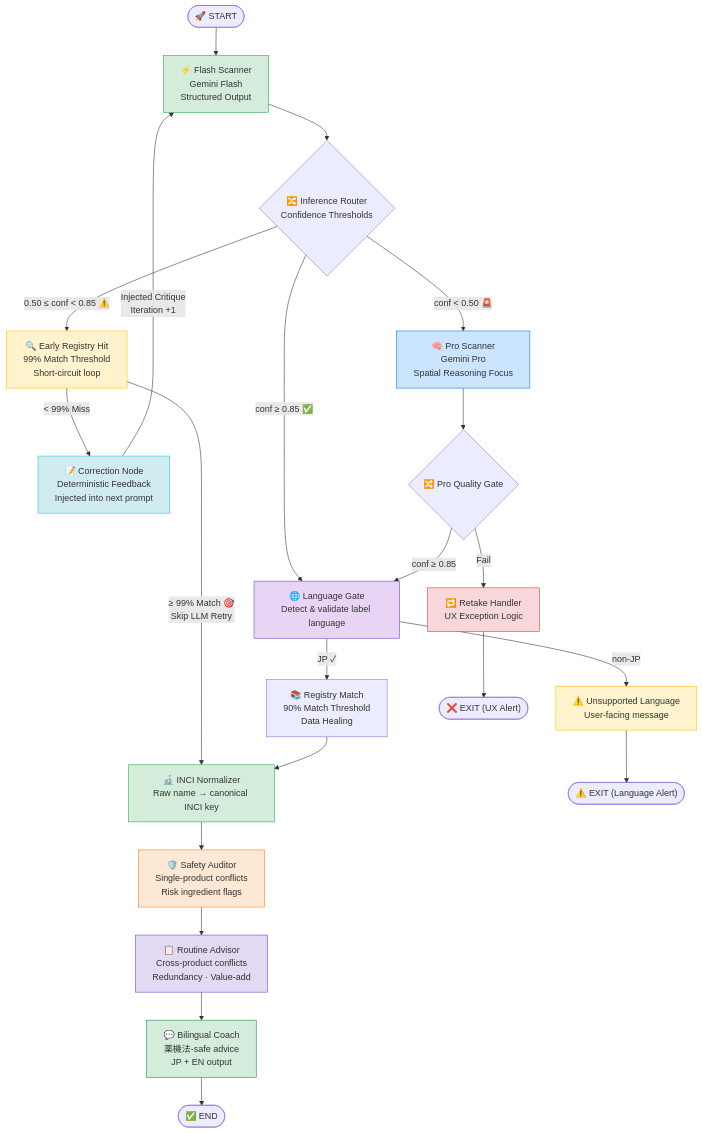
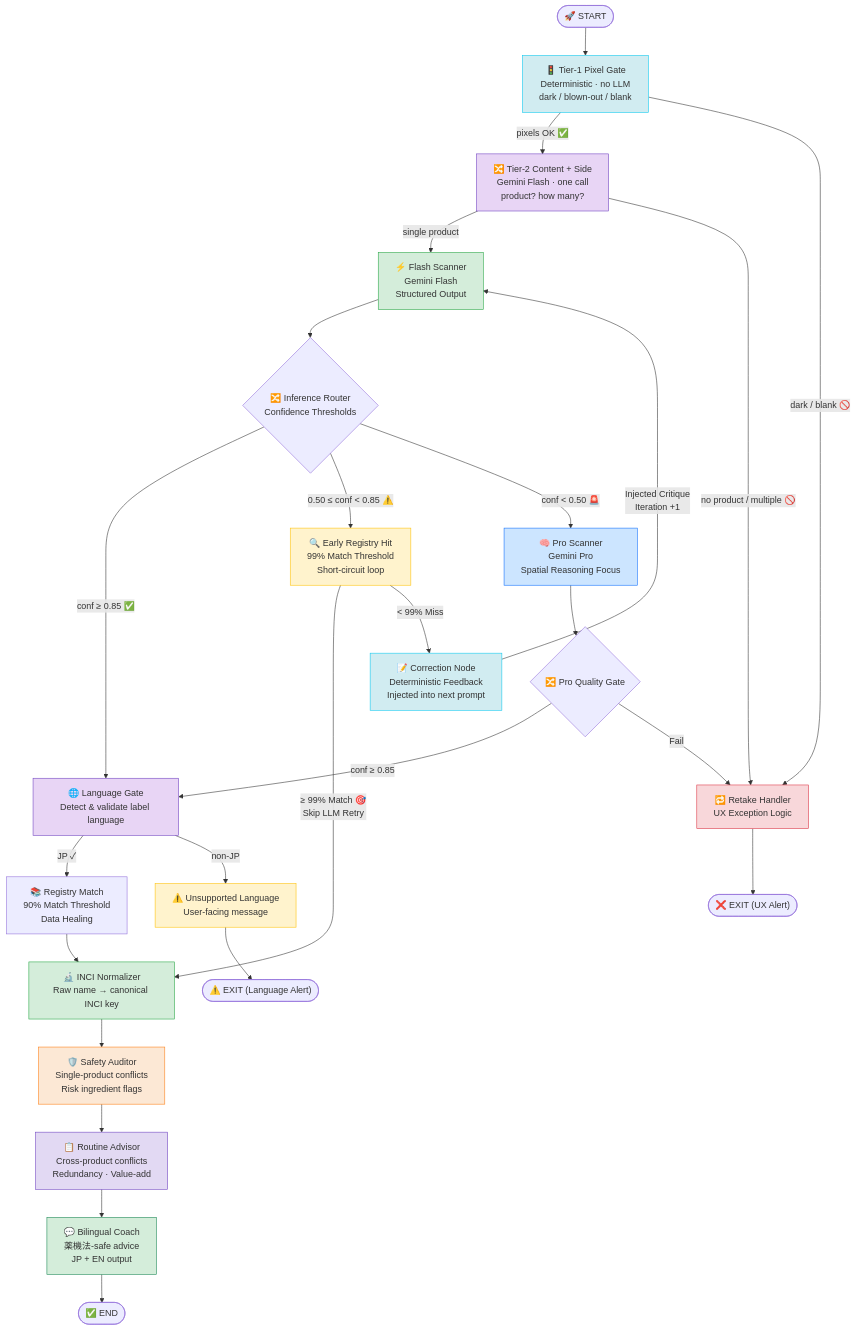
One commit to dvallslanaquera/skingraph changed the fifth of 6 diagrams in README.md. Above: the diagram before and after it, drawn with Mermaid. The commit also changed other lines of this file and 15 other files, not shown here.

````diff
--- a/README.md
+++ b/README.md
@@ -528,59 +583,67 @@
 ```mermaid
 flowchart TD
     Start(["🚀 START"])
+    Quality["🚦 Tier-1 Pixel Gate\nDeterministic · no LLM\ndark / blown-out / blank"]
+    Classify["🔀 Tier-2 Content + Side\nGemini Flash · one call\nproduct? how many?"]
     Flash["⚡ Flash Scanner\nGemini Flash\nStructured Output"]
     Router{"🔀 Inference Router\nConfidence Thresholds"}
     EarlyCheck["🔍 Early Registry Hit\n99% Match Threshold\nShort-circuit loop"]
     Correction["📝 Correction Node\nDeterministic Feedback\nInjected into next prompt"]
     Pro["🧠 Pro Scanner\nGemini Pro\nSpatial Reasoning Focus"]
     LangGate["🌐 Language Gate\nDetect & validate label language"]
     RegLookup["📚 Registry Match\n90% Match Threshold\nData Healing"]
     Normalizer["🔬 INCI Normalizer\nRaw name → canonical INCI key"]
     Auditor["🛡️ Safety Auditor\nSingle-product conflicts\nRisk ingredient flags"]
     RoutineAdvisor["📋 Routine Advisor\nCross-product conflicts\nRedundancy · Value-add"]
     Coach["💬 Bilingual Coach\n薬機法-safe advice\nJP + EN output"]
     ProRouter{"🔀 Pro Quality Gate"}
     Retake["🔁 Retake Handler\nUX Exception Logic"]
     Unsupported["⚠️ Unsupported Language\nUser-facing message"]
     EndOK(["✅ END"])
     EndRetake(["❌ EXIT (UX Alert)"])
     EndLang(["⚠️ EXIT (Language Alert)"])
 
-    Start --> Flash
+    Start --> Quality
+    Quality -->|"pixels OK ✅"| Classify
+    Quality -->|"dark / blank 🚫"| Retake
+    Classify -->|"single product"| Flash
+    Classify -->|"no product / multiple 🚫"| Retake
     Flash --> Router
 
     Router -->|"conf ≥ 0.85 ✅"| LangGate
     Router -->|"0.50 ≤ conf < 0.85 ⚠️"| EarlyCheck
     Router -->|"conf < 0.50 🚨"| Pro
 
     EarlyCheck -->|"≥ 99% Match 🎯\nSkip LLM Retry"| Normalizer
     EarlyCheck -->|"< 99% Miss"| Correction
     Correction -->|"Injected Critique\nIteration +1"| Flash
 
     Pro --> ProRouter
     ProRouter -->|"conf ≥ 0.85"| LangGate
     ProRouter -->|"Fail"| Retake
     Retake --> EndRetake
 
     LangGate -->|"JP ✓"| RegLookup
     LangGate -->|"non-JP"| Unsupported
     Unsupported --> EndLang
 
     RegLookup --> Normalizer
     Normalizer --> Auditor
     Auditor --> RoutineAdvisor
     RoutineAdvisor --> Coach
     Coach --> EndOK
 
+    style Quality fill:#d1ecf1,stroke:#0dcaf0
+    style Classify fill:#e8d5f5,stroke:#6f42c1
     style EarlyCheck fill:#fff3cd,stroke:#ffc107
     style Correction fill:#d1ecf1,stroke:#0dcaf0
     style Retake fill:#f8d7da,stroke:#dc3545
     style Flash fill:#d4edda,stroke:#28a745
     style Pro fill:#cce5ff,stroke:#0d6efd
     style LangGate fill:#e8d5f5,stroke:#6f42c1
     style Normalizer fill:#d4edda,stroke:#28a745
     style Unsupported fill:#fff3cd,stroke:#ffc107
     style Auditor fill:#fce8d5,stroke:#fd7e14
     style RoutineAdvisor fill:#e2d9f3,stroke:#6f42c1
     style Coach fill:#d4edda,stroke:#198754
 ```
````
